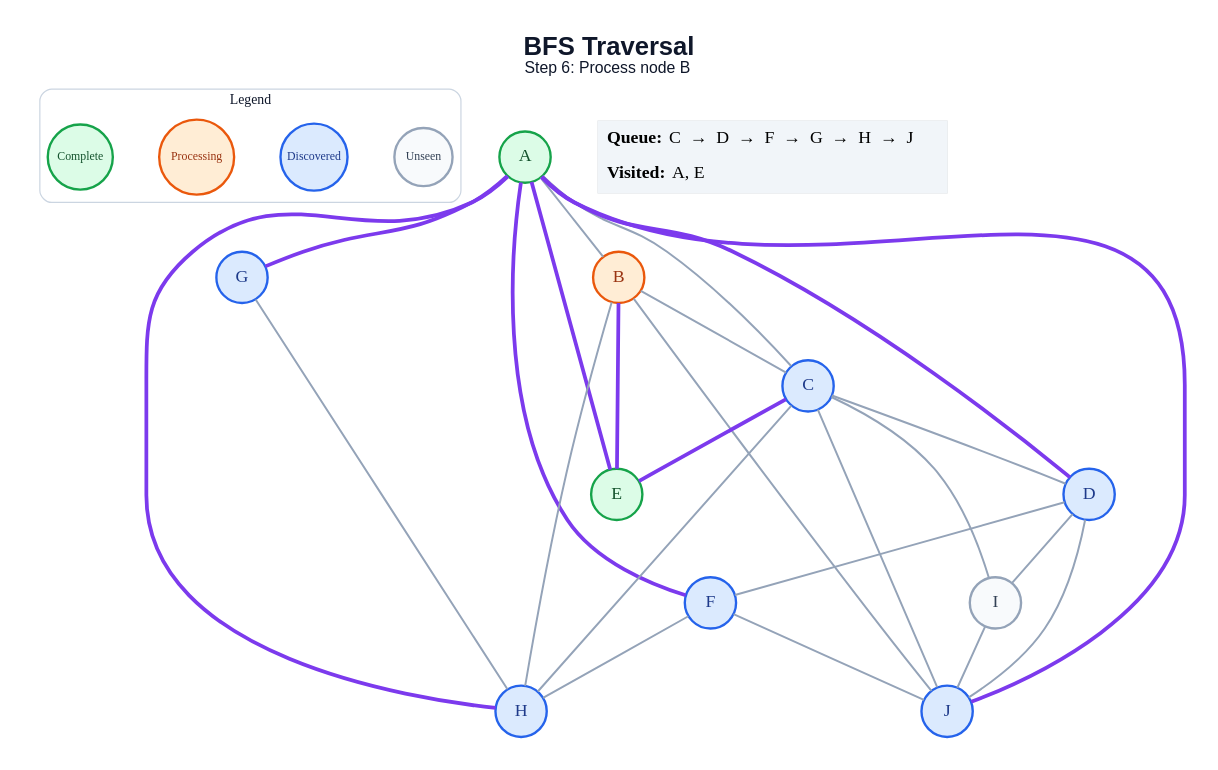
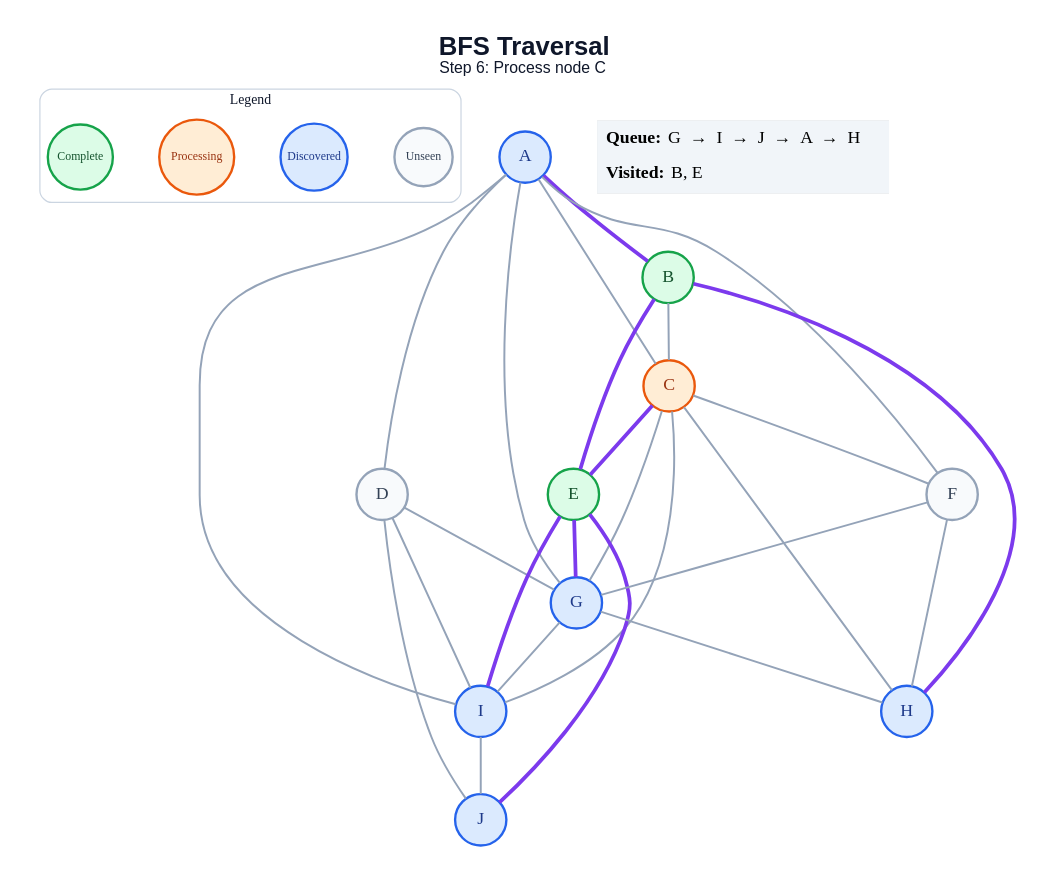
The diagram in generated/specific-node/bfs/step_06.dot (amanghodawala9/ai-slop), drawn with Graphviz before and after one commit. The commit also changed 178 other files, not shown here.

```diff
--- a/generated/specific-node/bfs/step_06.dot
+++ b/generated/specific-node/bfs/step_06.dot
@@ -1,53 +1,54 @@
 graph traversal {
   graph [layout=dot, rankdir=TB, bgcolor="#FFFFFF", pad="0.35", nodesep="0.65", ranksep="0.8", fontname="Arial"];
   node [shape=circle, style="filled", fontname="Arial Bold", fontsize=18, width=0.72, fixedsize=true, penwidth=2.4];
   edge [color="#94A3B8", penwidth=2.0];
-  label=<<B>BFS Traversal</B><BR/><FONT POINT-SIZE="16">Step 6: Process node B</FONT>>; labelloc="t"; fontsize=26; fontname="Arial"; fontcolor="#0F172A";
+  label=<<B>BFS Traversal</B><BR/><FONT POINT-SIZE="16">Step 6: Process node C</FONT>>; labelloc="t"; fontsize=26; fontname="Arial"; fontcolor="#0F172A";
   subgraph cluster_legend { label="Legend"; color="#CBD5E1"; penwidth=1.2; style="rounded"; fontsize=14; fontname="Arial Bold";
     key_unseen [label="Unseen", fillcolor="#F8FAFC", color="#94A3B8", fontcolor="#334155", fontsize=12, width=0.82];
     key_frontier [label="Discovered", fillcolor="#DBEAFE", color="#2563EB", fontcolor="#1E3A8A", fontsize=12, width=0.95];
     key_current [label="Processing", fillcolor="#FFEDD5", color="#EA580C", fontcolor="#9A3412", fontsize=12, width=1.05];
     key_done [label="Complete", fillcolor="#DCFCE7", color="#16A34A", fontcolor="#14532D", fontsize=12, width=0.92];
     { rank=same; key_unseen; key_frontier; key_current; key_done; }
   }
-  A [fillcolor="#DCFCE7", color="#16A34A", fontcolor="#14532D"];
-  B [fillcolor="#FFEDD5", color="#EA580C", fontcolor="#9A3412"];
-  C [fillcolor="#DBEAFE", color="#2563EB", fontcolor="#1E3A8A"];
-  D [fillcolor="#DBEAFE", color="#2563EB", fontcolor="#1E3A8A"];
+  A [fillcolor="#DBEAFE", color="#2563EB", fontcolor="#1E3A8A"];
+  B [fillcolor="#DCFCE7", color="#16A34A", fontcolor="#14532D"];
+  C [fillcolor="#FFEDD5", color="#EA580C", fontcolor="#9A3412"];
+  D [fillcolor="#F8FAFC", color="#94A3B8", fontcolor="#334155"];
   E [fillcolor="#DCFCE7", color="#16A34A", fontcolor="#14532D"];
-  F [fillcolor="#DBEAFE", color="#2563EB", fontcolor="#1E3A8A"];
+  F [fillcolor="#F8FAFC", color="#94A3B8", fontcolor="#334155"];
   G [fillcolor="#DBEAFE", color="#2563EB", fontcolor="#1E3A8A"];
   H [fillcolor="#DBEAFE", color="#2563EB", fontcolor="#1E3A8A"];
-  I [fillcolor="#F8FAFC", color="#94A3B8", fontcolor="#334155"];
+  I [fillcolor="#DBEAFE", color="#2563EB", fontcolor="#1E3A8A"];
   J [fillcolor="#DBEAFE", color="#2563EB", fontcolor="#1E3A8A"];
-  A -- B;
+  A -- B [color="#7C3AED", penwidth=3.8];
   A -- C;
-  A -- D [color="#7C3AED", penwidth=3.8];
-  A -- E [color="#7C3AED", penwidth=3.8];
-  A -- F [color="#7C3AED", penwidth=3.8];
-  A -- G [color="#7C3AED", penwidth=3.8];
-  A -- H [color="#7C3AED", penwidth=3.8];
-  A -- J [color="#7C3AED", penwidth=3.8];
+  A -- D;
+  A -- F;
+  A -- G;
+  A -- I;
   B -- C;
   B -- E [color="#7C3AED", penwidth=3.8];
-  B -- H;
-  B -- J;
-  C -- D;
+  B -- H [color="#7C3AED", penwidth=3.8];
   C -- E [color="#7C3AED", penwidth=3.8];
+  C -- F;
+  C -- G;
   C -- H;
   C -- I;
-  C -- J;
-  D -- F;
+  D -- G;
   D -- I;
   D -- J;
+  E -- G [color="#7C3AED", penwidth=3.8];
+  E -- I [color="#7C3AED", penwidth=3.8];
+  E -- J [color="#7C3AED", penwidth=3.8];
+  F -- G;
   F -- H;
-  F -- J;
   G -- H;
+  G -- I;
   I -- J;
   status [shape=plain, fixedsize=false, width=0, height=0, margin=0, label=<
     <TABLE BORDER="0" CELLBORDER="0" CELLPADDING="7" BGCOLOR="#F1F5F9">
-      <TR><TD ALIGN="LEFT"><B>Queue:</B> C  →  D  →  F  →  G  →  H  →  J</TD></TR>
-      <TR><TD ALIGN="LEFT"><B>Visited:</B> A, E</TD></TR>
+      <TR><TD ALIGN="LEFT"><B>Queue:</B> G  →  I  →  J  →  A  →  H</TD></TR>
+      <TR><TD ALIGN="LEFT"><B>Visited:</B> B, E</TD></TR>
     </TABLE>
   >];
 }
```
